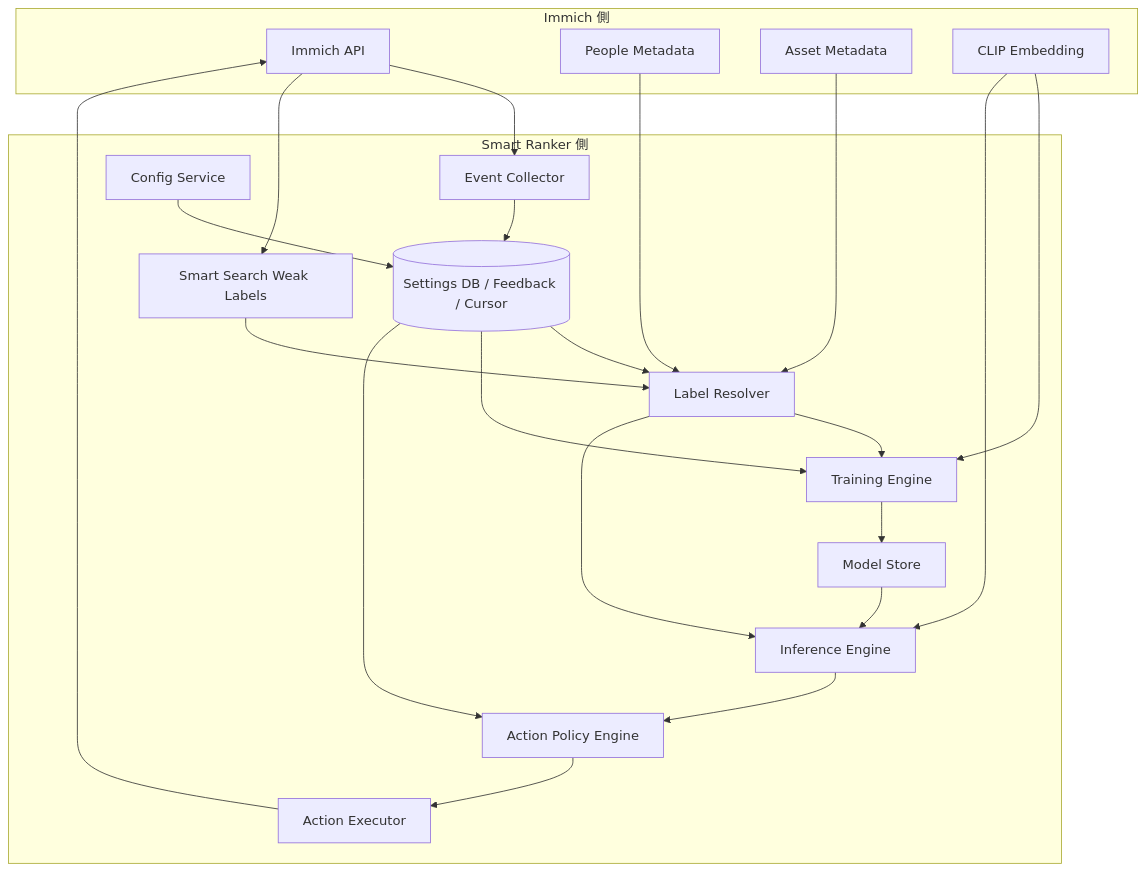
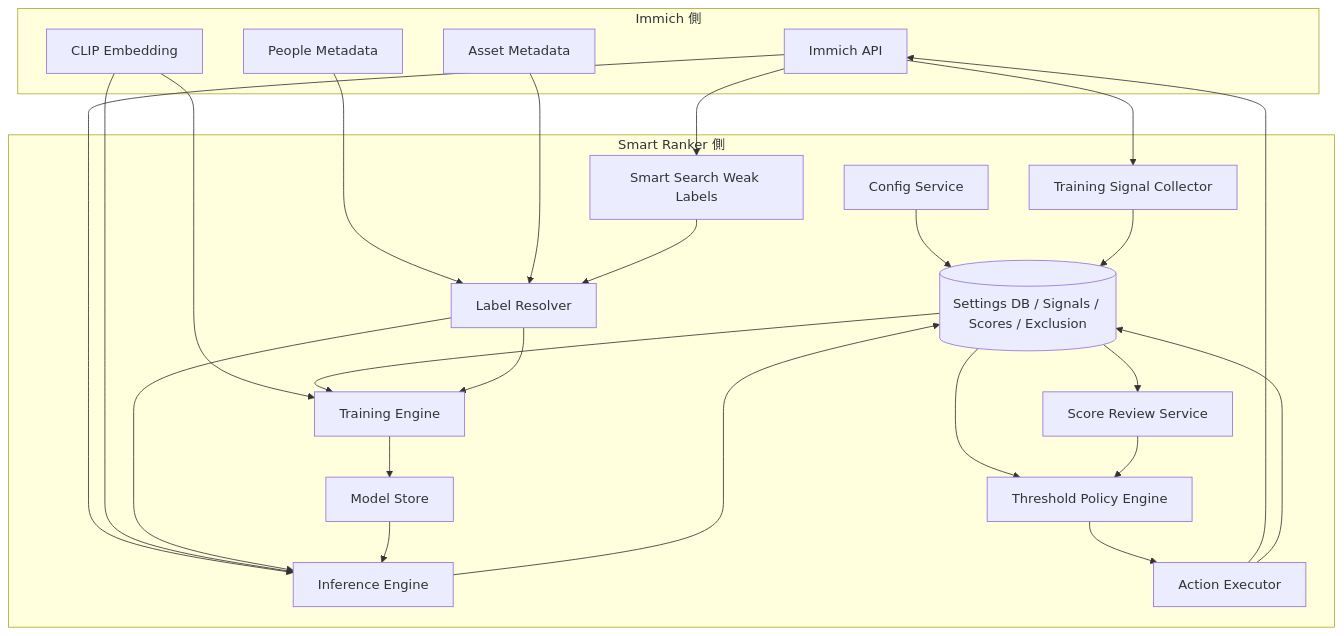
One commit to melumuccu/immich changed the second of 5 diagrams in smart-ranker/docs/system.md. Above: the diagram before and after it, drawn with Mermaid. The commit also changed other lines of this file and 3 other files, not shown here.

````diff
--- a/smart-ranker/docs/system.md
+++ b/smart-ranker/docs/system.md
@@ -49,43 +49,47 @@
 ```mermaid
 flowchart TB
   subgraph immich_side[Immich 側]
     api[Immich API]
     people[People Metadata]
     assets[Asset Metadata]
     embed[CLIP Embedding]
   end
 
   subgraph ranker_side[Smart Ranker 側]
-    collector[Event Collector]
     configsvc[Config Service]
+    signal[Training Signal Collector]
     labeler[Label Resolver]
     trainer[Training Engine]
-    infer[Inference Engine]
-    policy[Action Policy Engine]
+    scorer[Inference Engine]
+    review[Score Review Service]
+    policy[Threshold Policy Engine]
     executor[Action Executor]
     modelstore[Model Store]
-    appdb[(Settings DB / Feedback / Cursor)]
+    appdb[(Settings DB / Signals / Scores / Exclusion)]
     smart[Smart Search Weak Labels]
   end
 
-  api --> collector
+  api --> signal
+  api --> scorer
   api --> smart
   people --> labeler
   assets --> labeler
   embed --> trainer
-  embed --> infer
+  embed --> scorer
   smart --> labeler
 
-  collector --> appdb
   configsvc --> appdb
-  appdb --> labeler
+  signal --> appdb
   appdb --> trainer
+  appdb --> review
   appdb --> policy
   labeler --> trainer
-  labeler --> infer
+  labeler --> scorer
   trainer --> modelstore
-  modelstore --> infer
-  infer --> policy
+  modelstore --> scorer
+  scorer --> appdb
+  review --> policy
   policy --> executor
   executor --> api
+  executor --> appdb
 ```
````
